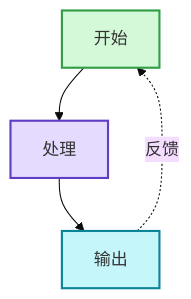
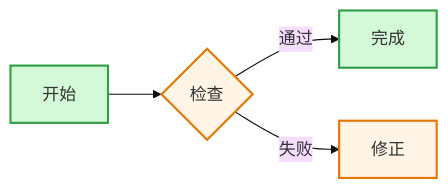
One commit to liu-qingyuan/skills-sync-lqy changed the fifth of 10 diagrams in skills/lqy-curated/mermaid-visualizer/references/syntax-rules.md. Above: the diagram before and after it, drawn with Mermaid (base theme). The commit also changed other lines of this file, not shown here.

Commit message:
refactor(mermaid-visualizer): simplify syntax reference

````diff
--- a/skills/lqy-curated/mermaid-visualizer/references/syntax-rules.md
+++ b/skills/lqy-curated/mermaid-visualizer/references/syntax-rules.md
@@ -324,10 +87,11 @@
 ```mermaid
-graph TB
-    A[开始] --> B[处理]
-    B --> C[输出]
-    C -.->|反馈| A
+flowchart LR
+    A[开始] --> B{检查}
+    B -->|通过| C[完成]
+    B -->|失败| D[修正]
 
-    style A fill:#d3f9d8,stroke:#2f9e44,stroke-width:2px
-    style B fill:#e5dbff,stroke:#5f3dc4,stroke-width:2px
-    style C fill:#c5f6fa,stroke:#0c8599,stroke-width:2px
+    classDef success fill:#d3f9d8,stroke:#2f9e44,stroke-width:2px
+    classDef warning fill:#fff4e6,stroke:#e67700,stroke-width:2px
+    class A,C success
+    class B,D warning
 ```
````
